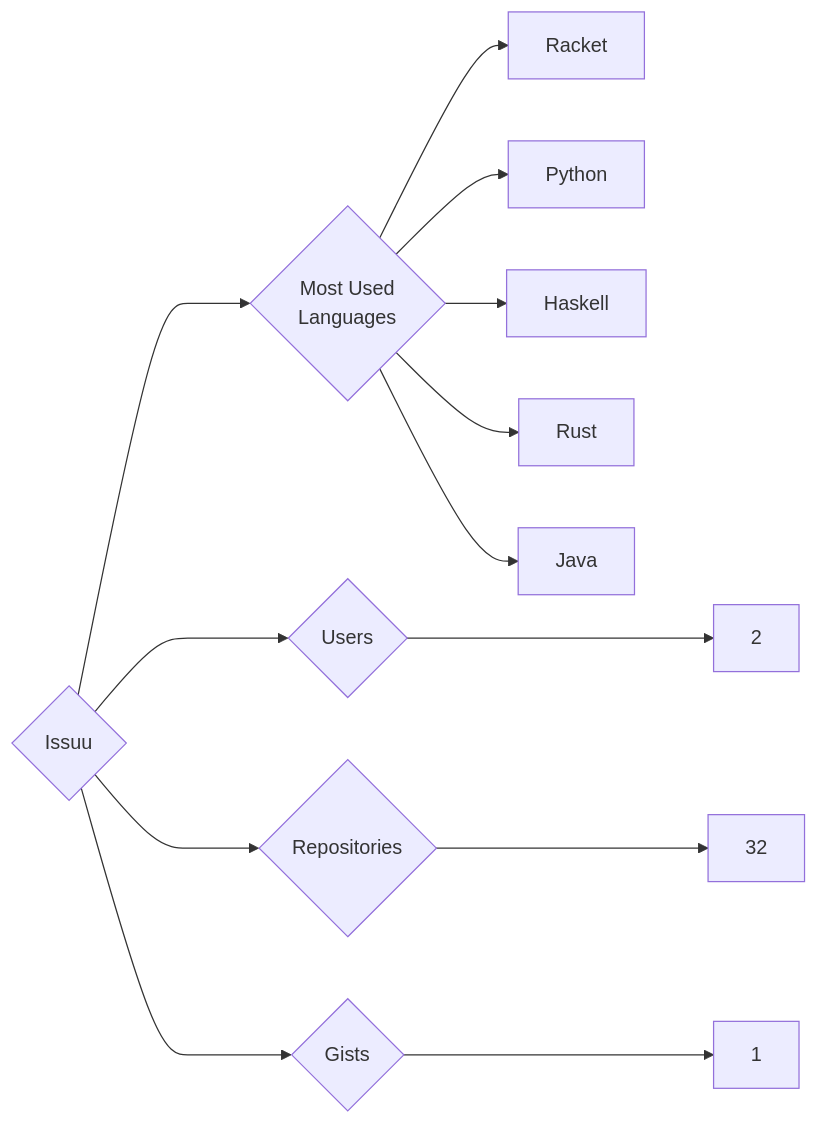
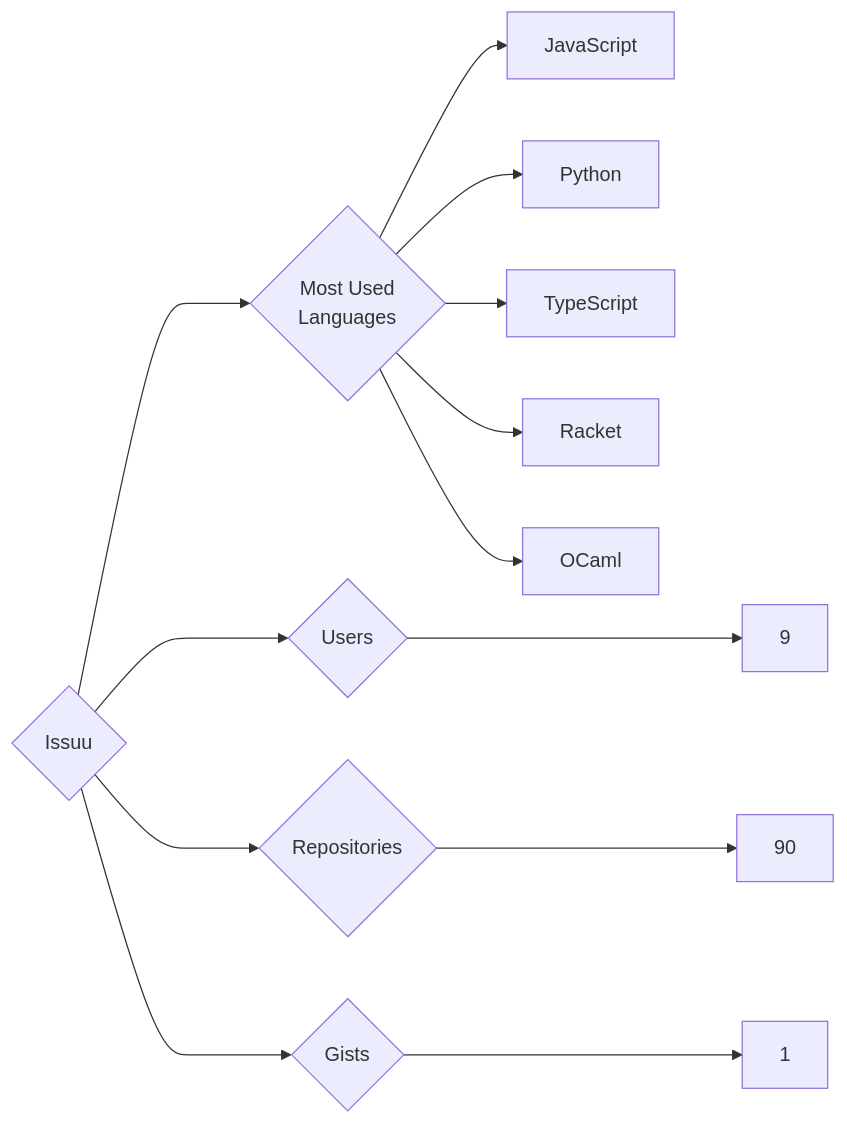
One commit to trickest/insiders changed the diagram in targets/Issuu/README.md. Above: the diagram before and after it, drawn with Mermaid. The commit also changed 775 other files, not shown here.

````diff
--- a/targets/Issuu/README.md
+++ b/targets/Issuu/README.md
@@ -3,13 +3,13 @@
 ```mermaid
 graph LR
 COMPANY_NAME{Issuu}
-COMPANY_NAME ---> U{Users} ---> UN[2]
-COMPANY_NAME ---> R{Repositories} ---> RN[32]
+COMPANY_NAME ---> U{Users} ---> UN[9]
+COMPANY_NAME ---> R{Repositories} ---> RN[90]
 COMPANY_NAME ---> G{Gists} ---> GN[1]
 COMPANY_NAME ---> ML{Most Used<br>Languages}
+ML --> JavaScript[JavaScript]
+ML --> Python[Python]
+ML --> TypeScript[TypeScript]
 ML --> Racket[Racket]
-ML --> Python[Python]
-ML --> Haskell[Haskell]
-ML --> Rust[Rust]
-ML --> Java[Java]
+ML --> OCaml[OCaml]
 ```
````
